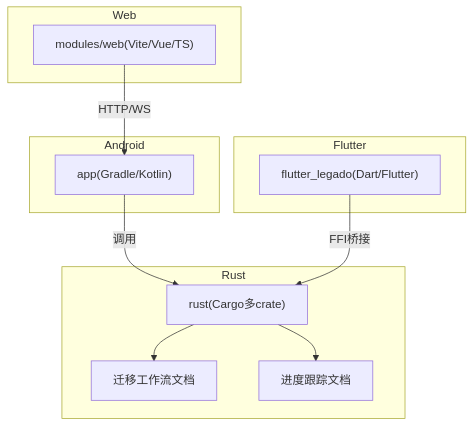
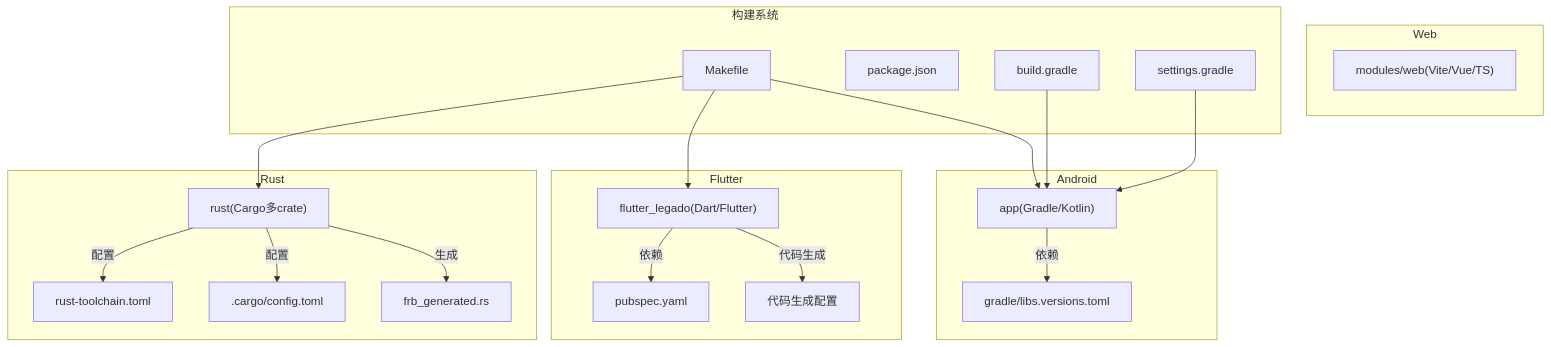
The first of 13 diagrams in .qoder/repowiki/zh/content/开发指南/开发指南.md (ZhangGHGitHub/LegadoTeamFlutter), drawn with Mermaid before and after one commit. The commit also changed other lines of this file and 173 other files, not shown here.

````diff
--- a/.qoder/repowiki/zh/content/开发指南/开发指南.md
+++ b/.qoder/repowiki/zh/content/开发指南/开发指南.md
@@ -70,22 +89,38 @@
 ```mermaid
 graph TB
 subgraph "Android"
 A_app["app(Gradle/Kotlin)"]
+A_gradle["gradle/libs.versions.toml"]
 end
 subgraph "Flutter"
 F_flutter["flutter_legado(Dart/Flutter)"]
+F_pubspec["pubspec.yaml"]
+F_codegen["代码生成配置"]
 end
 subgraph "Rust"
 R_core["rust(Cargo多crate)"]
-R_docs["迁移工作流文档"]
-R_progress["进度跟踪文档"]
+R_toolchain["rust-toolchain.toml"]
+R_cargo_config[".cargo/config.toml"]
+R_frb_generated["frb_generated.rs"]
 end
 subgraph "Web"
 W_web["modules/web(Vite/Vue/TS)"]
 end
-A_app --> |调用| R_core
-F_flutter --> |FFI桥接| R_core
-W_web --> |HTTP/WS| A_app
-R_core --> R_docs
-R_core --> R_progress
+subgraph "构建系统"
+M_makefile["Makefile"]
+P_package["package.json"]
+B_buildgradle["build.gradle"]
+S_settings["settings.gradle"]
+end
+A_app --> |依赖| A_gradle
+F_flutter --> |依赖| F_pubspec
+F_flutter --> |代码生成| F_codegen
+R_core --> |配置| R_toolchain
+R_core --> |配置| R_cargo_config
+R_core --> |生成| R_frb_generated
+M_makefile --> A_app
+M_makefile --> F_flutter
+M_makefile --> R_core
+B_buildgradle --> A_app
+S_settings --> A_app
 ```
````
